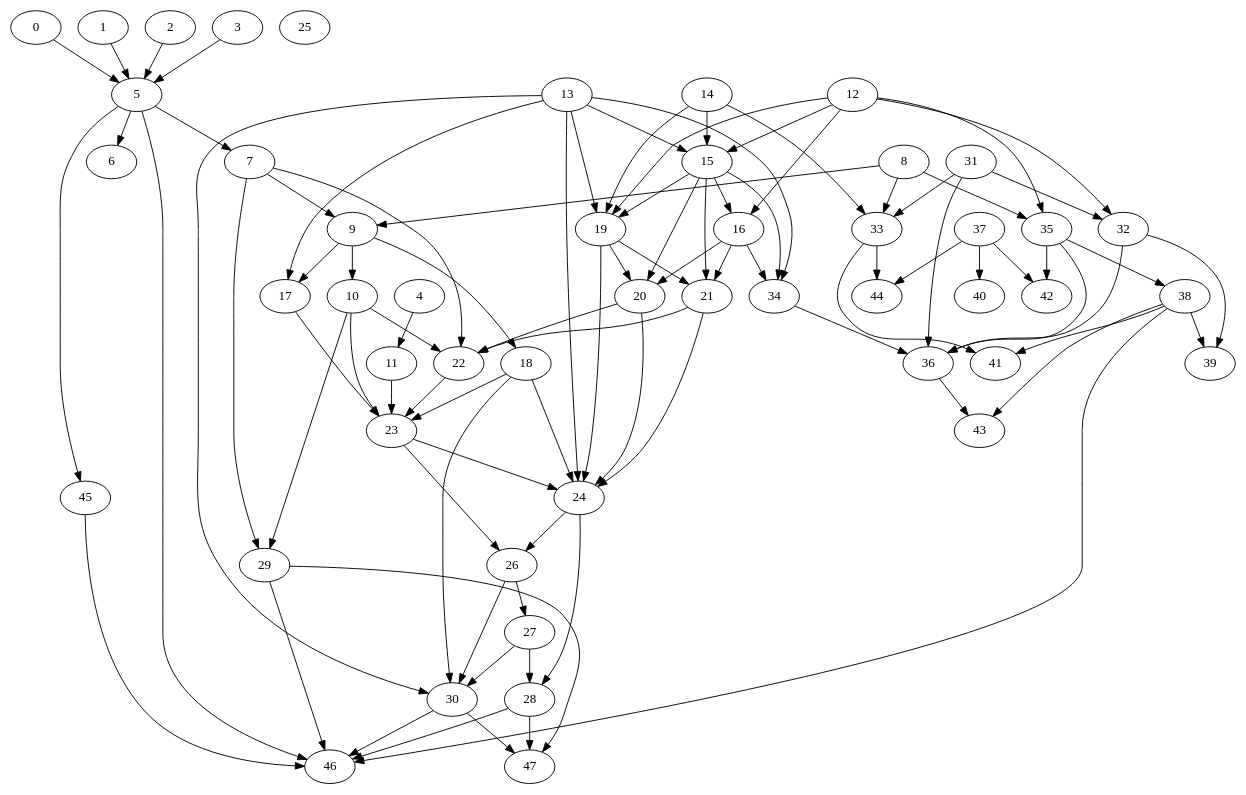
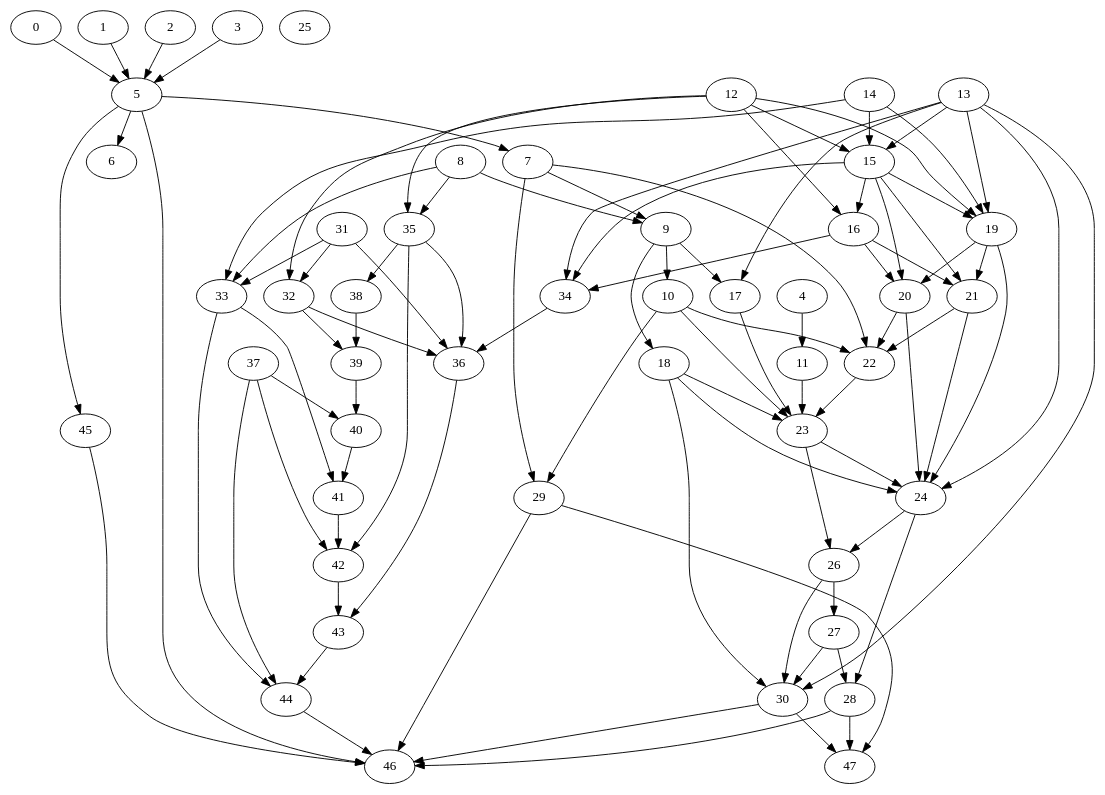
One commit to clarkfitzg/phd_research changed the diagram in codedepends/traffic/traffic.dot. Above: the diagram before and after it, drawn with Graphviz. The commit also changed 3 other files, not shown here.

```diff
--- a/codedepends/traffic/traffic.dot
+++ b/codedepends/traffic/traffic.dot
@@ -1,142 +1,145 @@
 /* Created by igraph @VERSION@ */
 digraph {
   0;
   1;
   2;
   3;
   4;
   5;
   6;
   7;
   8;
   9;
   10;
   11;
   12;
   13;
   14;
   15;
   16;
   17;
   18;
   19;
   20;
   21;
   22;
   23;
   24;
   25;
   26;
   27;
   28;
   29;
   30;
   31;
   32;
   33;
   34;
   35;
   36;
   37;
   38;
   39;
   40;
   41;
   42;
   43;
   44;
   45;
   46;
   47;
 
   0 -> 5;
   1 -> 5;
   2 -> 5;
   3 -> 5;
   4 -> 11;
   5 -> 6;
   5 -> 7;
   5 -> 45;
   5 -> 46;
   7 -> 9;
   7 -> 22;
   7 -> 29;
   8 -> 9;
   8 -> 33;
   8 -> 35;
   9 -> 10;
   9 -> 17;
   9 -> 18;
   10 -> 22;
   10 -> 23;
   10 -> 29;
   11 -> 23;
   12 -> 15;
   12 -> 16;
   12 -> 19;
   12 -> 32;
   12 -> 35;
   13 -> 15;
   13 -> 17;
   13 -> 19;
   13 -> 24;
   13 -> 30;
   13 -> 34;
   14 -> 15;
   14 -> 19;
   14 -> 33;
   15 -> 16;
   15 -> 19;
   15 -> 20;
   15 -> 21;
   15 -> 34;
   16 -> 20;
   16 -> 21;
   16 -> 34;
   17 -> 23;
   18 -> 23;
   18 -> 24;
   18 -> 30;
   19 -> 20;
   19 -> 21;
   19 -> 24;
   20 -> 22;
   20 -> 24;
   21 -> 22;
   21 -> 24;
   22 -> 23;
   23 -> 24;
   23 -> 26;
   24 -> 26;
   24 -> 28;
   26 -> 27;
   26 -> 30;
   27 -> 28;
   27 -> 30;
   28 -> 46;
   28 -> 47;
   29 -> 46;
   29 -> 47;
   30 -> 46;
   30 -> 47;
   31 -> 32;
   31 -> 33;
   31 -> 36;
   32 -> 36;
   32 -> 39;
   33 -> 41;
   33 -> 44;
   34 -> 36;
   35 -> 36;
   35 -> 38;
   35 -> 42;
   36 -> 43;
   37 -> 40;
   37 -> 42;
   37 -> 44;
   38 -> 39;
-  38 -> 41;
-  38 -> 43;
-  38 -> 46;
+  39 -> 40;
+  40 -> 41;
+  41 -> 42;
+  42 -> 43;
+  43 -> 44;
+  44 -> 46;
   45 -> 46;
 }
```
